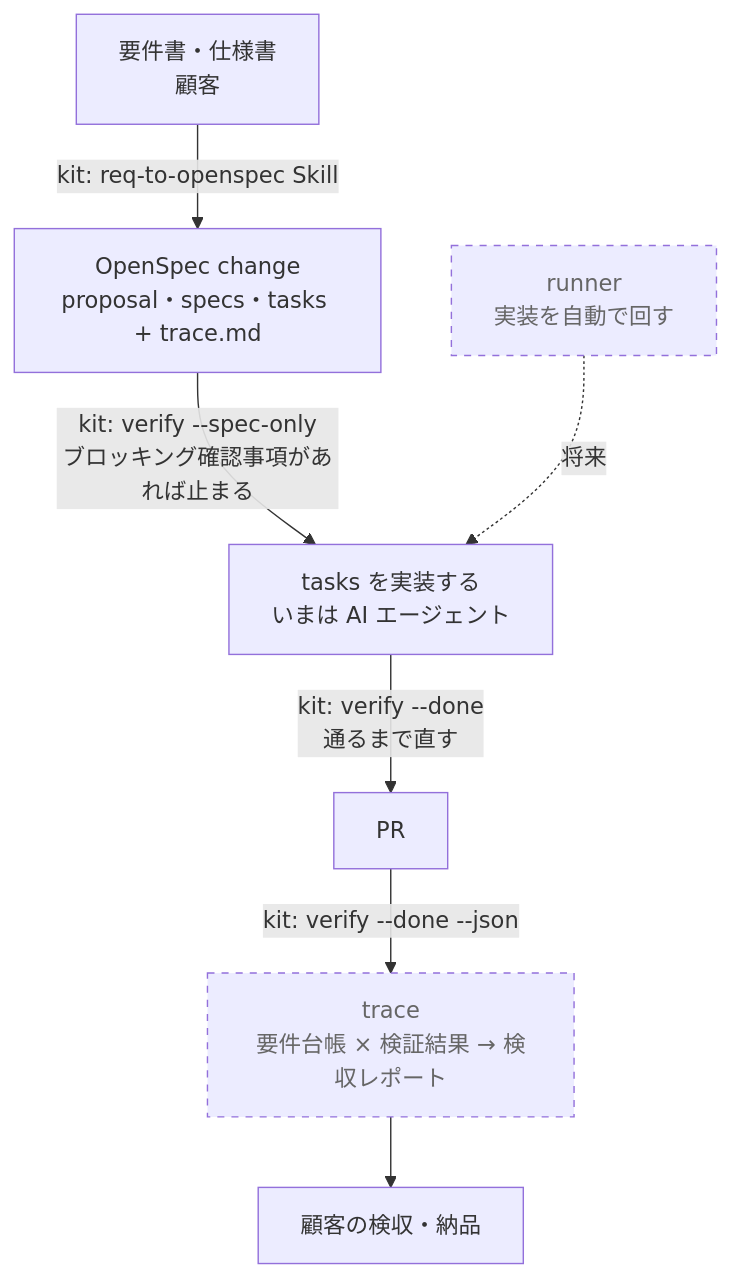
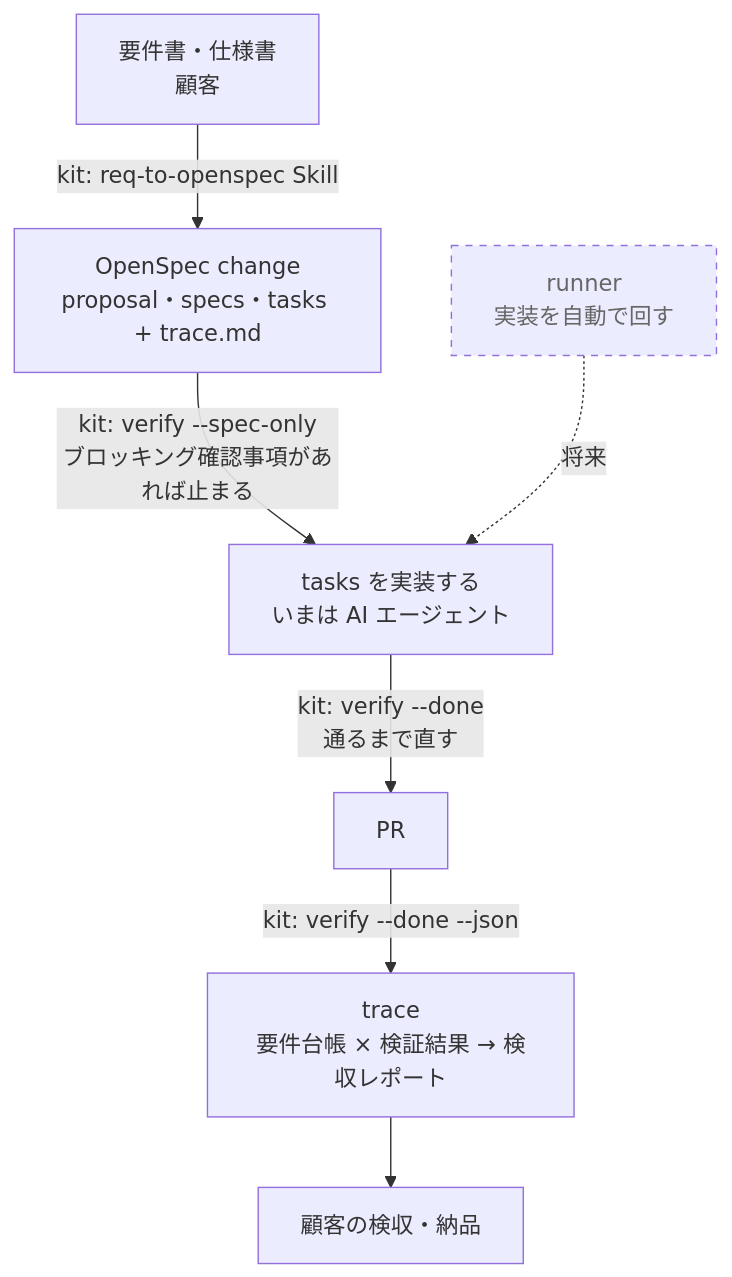
Before and after one commit to loomake/loomake: the first of 2 diagrams in docs/architecture.md, drawn with Mermaid. The commit also changed other lines of this file and 7 other files, not shown here.

````diff
--- a/docs/architecture.md
+++ b/docs/architecture.md
@@ -21,12 +21,12 @@
 ```mermaid
 flowchart TD
   R[要件書・仕様書<br>顧客] -->|kit: req-to-openspec Skill| C[OpenSpec change<br>proposal・specs・tasks + trace.md]
   C -->|"kit: verify --spec-only<br>ブロッキング確認事項があれば止まる"| I[tasks を実装する<br>いまは AI エージェント]
   I -->|"kit: verify --done<br>通るまで直す"| P[PR]
   P -->|"kit: verify --done --json"| T[trace<br>要件台帳 × 検証結果 → 検収レポート]
   T --> A[顧客の検収・納品]
   RN[runner<br>実装を自動で回す] -.将来.-> I
 
   classDef future stroke-dasharray:5 5,color:#666
-  class T,RN future
+  class RN future
 ```
````
